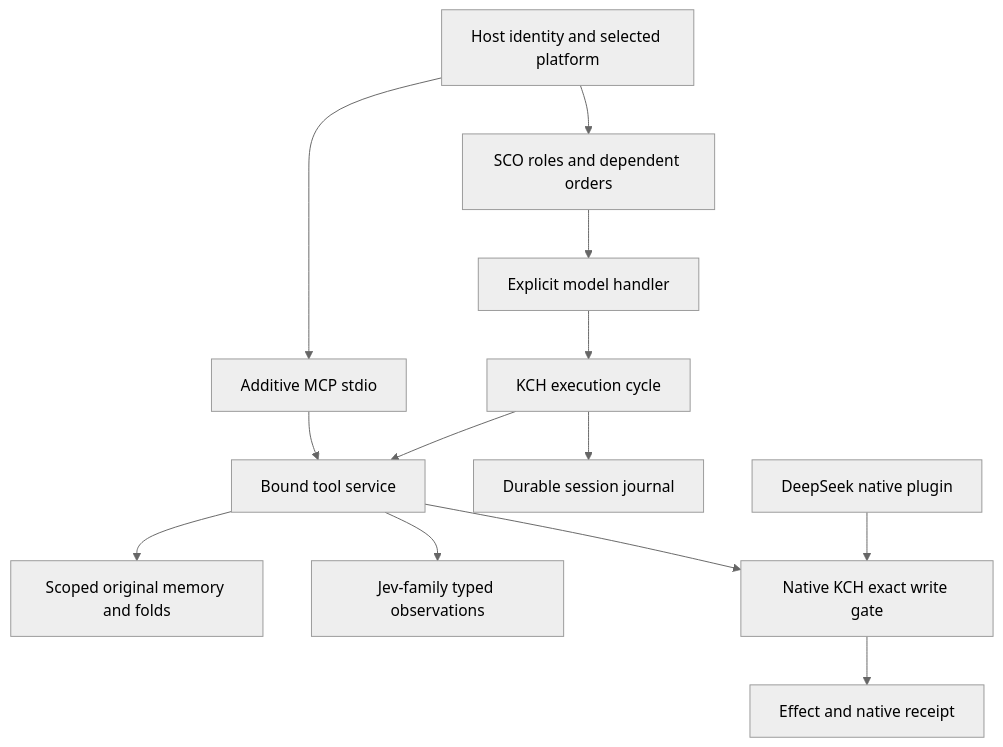
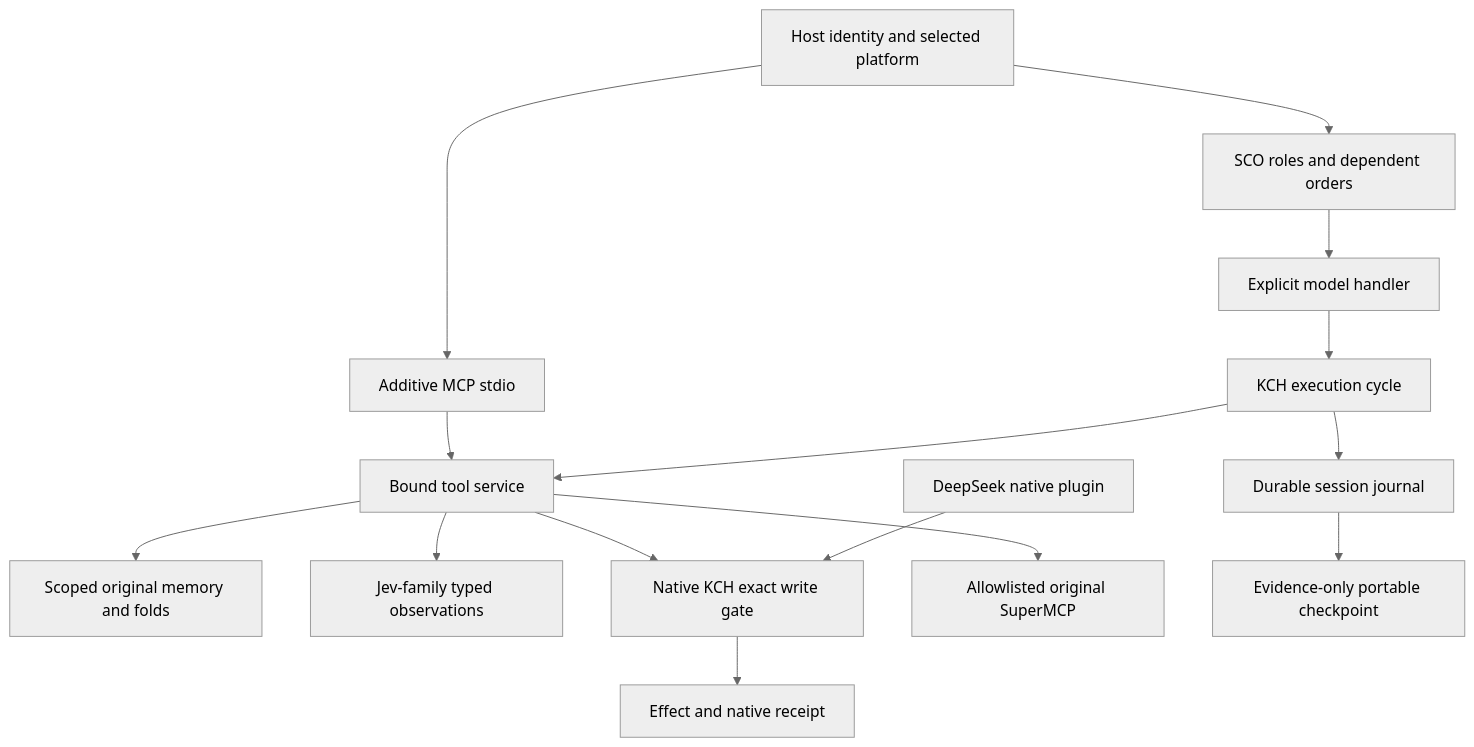
The diagram in integrations/kch-composed-runtime/README.md (FacundoFirmenich/KCH), drawn with Mermaid (neutral theme) before and after one commit. The commit also changed other lines of this file and 47 other files, not shown here.

Commit message:
Connect original KCH federation, portable evidence and real integration acceptance

````diff
--- a/integrations/kch-composed-runtime/README.md
+++ b/integrations/kch-composed-runtime/README.md
@@ -14,15 +14,17 @@
 ```mermaid
 flowchart TD
     H["Host identity and selected platform"] --> S["SCO roles and dependent orders"]
     H --> M["Additive MCP stdio"]
     S --> B["Explicit model handler"]
     B --> C["KCH execution cycle"]
     M --> T["Bound tool service"]
     C --> J["Durable session journal"]
     C --> T
     T --> V["Scoped original memory and folds"]
     T --> O["Jev-family typed observations"]
     T --> G["Native KCH exact write gate"]
+    T --> F["Allowlisted original SuperMCP"]
+    J --> P["Evidence-only portable checkpoint"]
     D["DeepSeek native plugin"] --> G
     G --> R["Effect and native receipt"]
 ```
````
